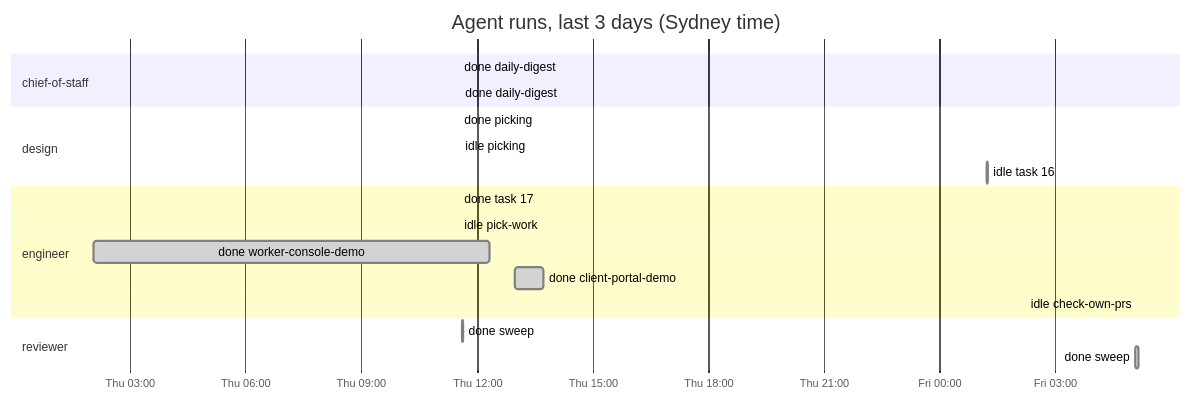
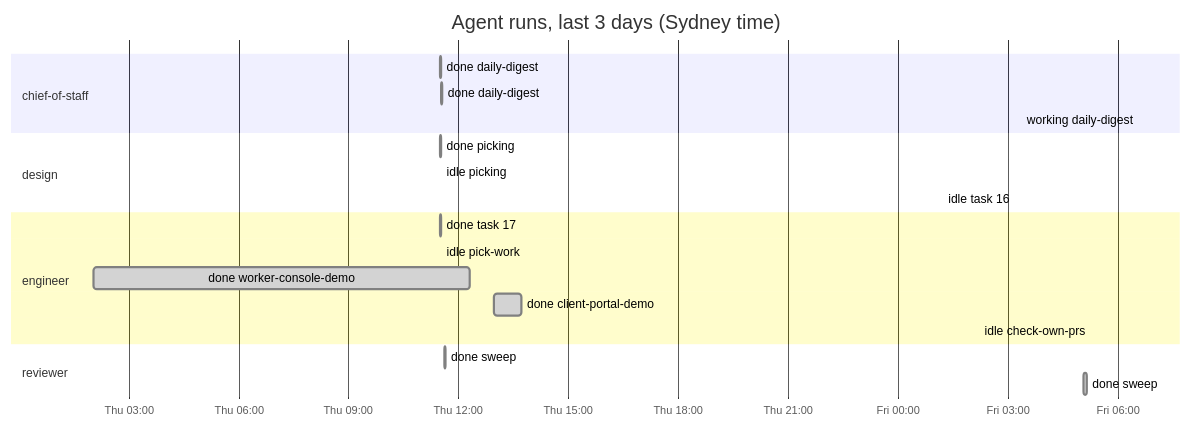
The diagram in dashboard.md (roulmediateam-byte/fifteen-expert-hq), drawn with Mermaid before and after one commit. The commit also changed other lines of this file and 1 other file, not shown here.

````diff
--- a/dashboard.md
+++ b/dashboard.md
@@ -33,22 +33,23 @@
 ```mermaid
 gantt
     title Agent runs, last 3 days (Sydney time)
     dateFormat YYYY-MM-DD HH:mm
     axisFormat %a %H:%M
     section chief-of-staff
     done daily-digest :done, 2026-11-05 11:31, 2026-11-05 11:32
     done daily-digest :done, 2026-11-05 11:33, 2026-11-05 11:34
+    working daily-digest :active, 2026-11-06 06:35, 2026-11-06 06:35
     section design
     done picking :done, 2026-11-05 11:31, 2026-11-05 11:32
     idle picking :done, 2026-11-05 11:33, 2026-11-05 11:33
     idle task 16 :done, 2026-11-06 01:14, 2026-11-06 01:15
     section engineer
     done task 17 :done, 2026-11-05 11:31, 2026-11-05 11:32
     idle pick-work :done, 2026-11-05 11:32, 2026-11-05 11:32
     done worker-console-demo :done, 2026-11-05 02:03, 2026-11-05 12:19
     done client-portal-demo :done, 2026-11-05 12:59, 2026-11-05 13:44
     idle check-own-prs :done, 2026-11-06 02:14, 2026-11-06 02:14
     section reviewer
     done sweep :done, 2026-11-05 11:37, 2026-11-05 11:39
     done sweep :done, 2026-11-06 05:05, 2026-11-06 05:10
 ```
````
